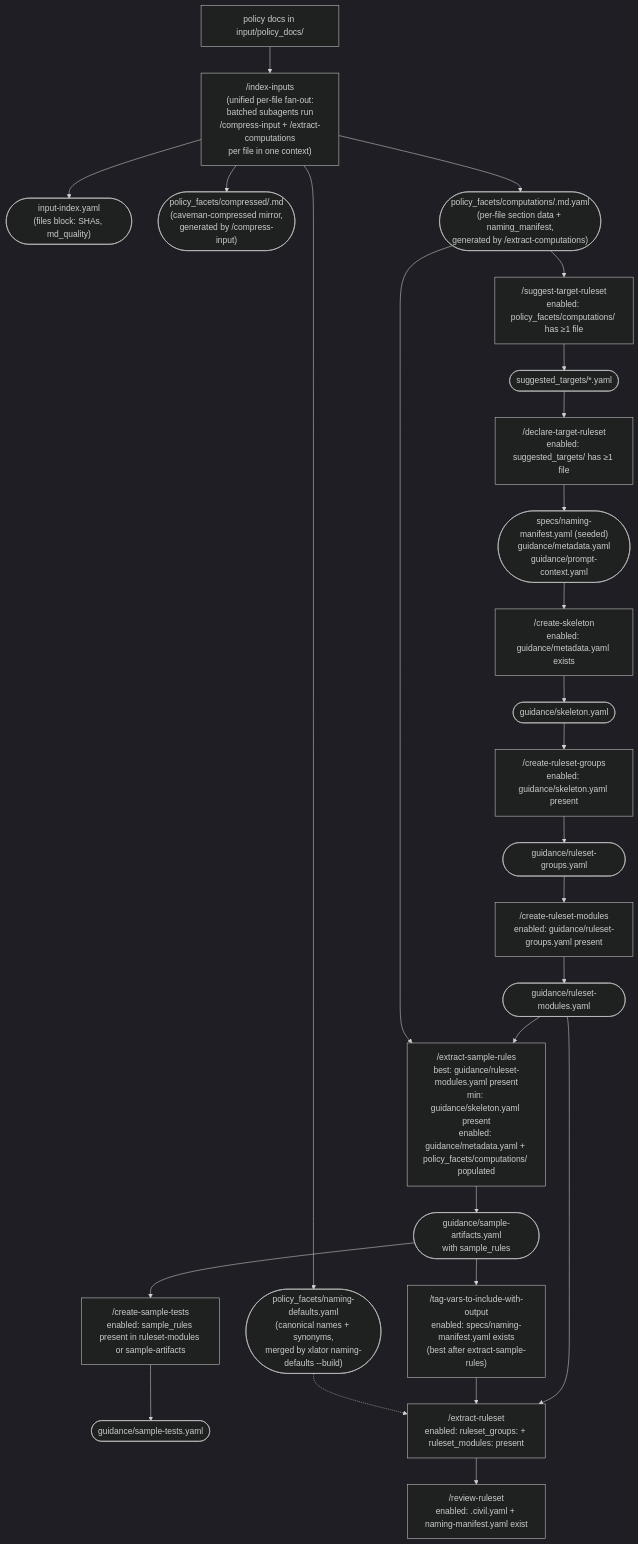
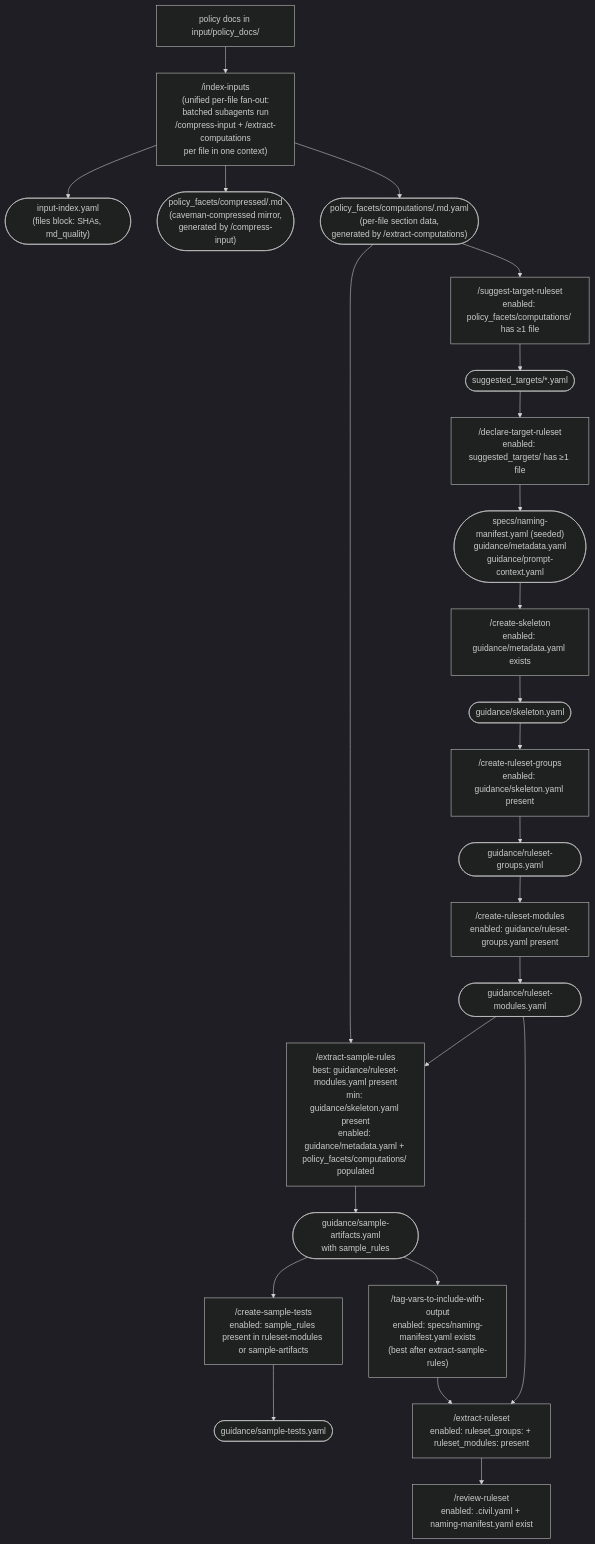
Before and after one commit to navapbc/lockpicks-xlator-plugin: the diagram in xl-plugin/CLAUDE.md, drawn with Mermaid (dark theme). The commit also changed other lines of this file and 3 other files, not shown here.

First line of the commit message:
feat(naming): doc sweep, dependency diagram, version bump to 9.0.0 (U6)

````diff
--- a/xl-plugin/CLAUDE.md
+++ b/xl-plugin/CLAUDE.md
@@ -92,49 +92,46 @@
 ```mermaid
 flowchart TD
     DOCS["policy docs in input/policy_docs/"]
     IDX_CMD["/index-inputs\n(unified per-file fan-out:\nbatched subagents run\n/compress-input + /extract-computations\nper file in one context)"]
     IDX_META(["input-index.yaml\n(files block: SHAs, md_quality)"])
     IDX_COMPRESSED(["policy_facets/compressed/<rel>.md\n(caveman-compressed mirror,\ngenerated by /compress-input)"])
-    IDX_COMPS(["policy_facets/computations/<rel>.md.yaml\n(per-file section data + naming_manifest,\ngenerated by /extract-computations)"])
-    IDX_NAMING(["policy_facets/naming-defaults.yaml\n(canonical names + synonyms,\nmerged by xlator naming-defaults --build)"])
+    IDX_COMPS(["policy_facets/computations/<rel>.md.yaml\n(per-file section data,\ngenerated by /extract-computations)"])
 
     DOCS --> IDX_CMD --> IDX_META
     IDX_CMD --> IDX_COMPRESSED
     IDX_CMD --> IDX_COMPS
-    IDX_CMD --> IDX_NAMING
 
     SUG["/suggest-target-ruleset\nenabled: policy_facets/computations/ has ≥1 file"]
     SUG_F(["suggested_targets/*.yaml"])
     DECL["/declare-target-ruleset\nenabled: suggested_targets/ has ≥1 file"]
     GY(["specs/naming-manifest.yaml (seeded)\nguidance/metadata.yaml\nguidance/prompt-context.yaml"])
 
     IDX_COMPS --> SUG --> SUG_F --> DECL --> GY
 
     SKEL["/create-skeleton\nenabled: guidance/metadata.yaml exists"]
     GY_SKEL(["guidance/skeleton.yaml"])
     GROUPS["/create-ruleset-groups\nenabled: guidance/skeleton.yaml present"]
     GY_GROUPS(["guidance/ruleset-groups.yaml"])
     MODS["/create-ruleset-modules\nenabled: guidance/ruleset-groups.yaml present"]
 
     GY --> SKEL --> GY_SKEL --> GROUPS --> GY_GROUPS --> MODS
 
     GY_MODS(["guidance/ruleset-modules.yaml"])
     SAMPLERULES["/extract-sample-rules\nbest: guidance/ruleset-modules.yaml present\nmin: guidance/skeleton.yaml present\nenabled: guidance/metadata.yaml + policy_facets/computations/ populated"]
     GY_RULES(["guidance/sample-artifacts.yaml\nwith sample_rules"])
     TAGVARS["/tag-vars-to-include-with-output\nenabled: specs/naming-manifest.yaml exists\n(best after extract-sample-rules)"]
     SAMPLETESTS["/create-sample-tests\nenabled: sample_rules present in ruleset-modules or sample-artifacts"]
     GY_SAMPLETESTS(["guidance/sample-tests.yaml"])
 
     MODS --> GY_MODS --> SAMPLERULES
     IDX_COMPS --> SAMPLERULES
     SAMPLERULES --> GY_RULES --> TAGVARS
     GY_RULES --> SAMPLETESTS --> GY_SAMPLETESTS
 
     EXTRACT["/extract-ruleset\nenabled: ruleset_groups: + ruleset_modules: present"]
     REVIEW["/review-ruleset\nenabled: <program>.civil.yaml + naming-manifest.yaml exist"]
 
     GY_MODS --> EXTRACT
     TAGVARS --> EXTRACT
-    IDX_NAMING -.-> EXTRACT
     EXTRACT --> REVIEW
 ```
````
